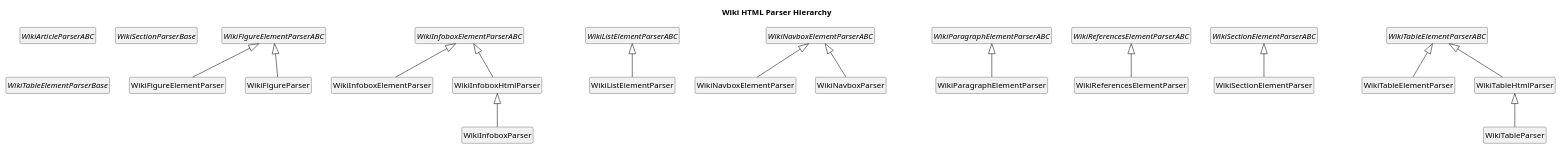
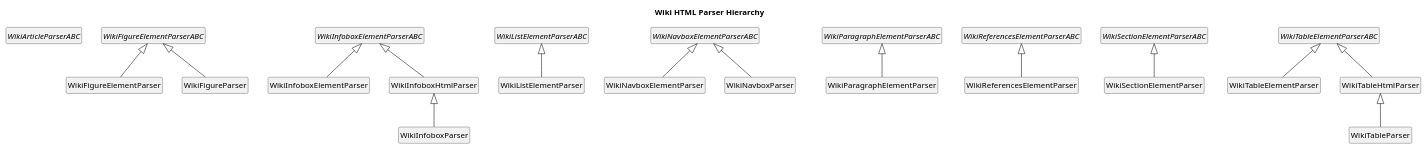
One commit to bgembalczyk/F1 changed the diagram in docs/uml/inheritance/parsers/02_wiki_html_parsers.puml. Above: the diagram before and after it, drawn with PlantUML. The commit also changed 3 other files, not shown here.

First line of the commit message:
refactor: fix docstring language consistency in SectionParserBase (Polish)

```diff
--- a/docs/uml/inheritance/parsers/02_wiki_html_parsers.puml
+++ b/docs/uml/inheritance/parsers/02_wiki_html_parsers.puml
@@ -1,48 +1,46 @@
 @startuml
 title Wiki HTML Parser Hierarchy
 skinparam classAttributeIconSize 0
 hide empty members
 hide circle
 
 abstract class WikiArticleParserABC
 class WikiFigureElementParser
 abstract class WikiFigureElementParserABC
 class WikiFigureParser
 class WikiInfoboxElementParser
 abstract class WikiInfoboxElementParserABC
 class WikiInfoboxHtmlParser
 class WikiInfoboxParser
 class WikiListElementParser
 abstract class WikiListElementParserABC
 class WikiNavboxElementParser
 abstract class WikiNavboxElementParserABC
 class WikiNavboxParser
 class WikiParagraphElementParser
 abstract class WikiParagraphElementParserABC
 class WikiReferencesElementParser
 abstract class WikiReferencesElementParserABC
 class WikiSectionElementParser
 abstract class WikiSectionElementParserABC
-abstract class WikiSectionParserBase
 class WikiTableElementParser
 abstract class WikiTableElementParserABC
-abstract class WikiTableElementParserBase
 class WikiTableHtmlParser
 class WikiTableParser
 
 WikiFigureElementParserABC <|-- WikiFigureElementParser
 WikiFigureElementParserABC <|-- WikiFigureParser
 WikiInfoboxElementParserABC <|-- WikiInfoboxElementParser
 WikiInfoboxElementParserABC <|-- WikiInfoboxHtmlParser
 WikiInfoboxHtmlParser <|-- WikiInfoboxParser
 WikiListElementParserABC <|-- WikiListElementParser
 WikiNavboxElementParserABC <|-- WikiNavboxElementParser
 WikiNavboxElementParserABC <|-- WikiNavboxParser
 WikiParagraphElementParserABC <|-- WikiParagraphElementParser
 WikiReferencesElementParserABC <|-- WikiReferencesElementParser
 WikiSectionElementParserABC <|-- WikiSectionElementParser
 WikiTableElementParserABC <|-- WikiTableElementParser
 WikiTableElementParserABC <|-- WikiTableHtmlParser
 WikiTableHtmlParser <|-- WikiTableParser
 
 @enduml
```
